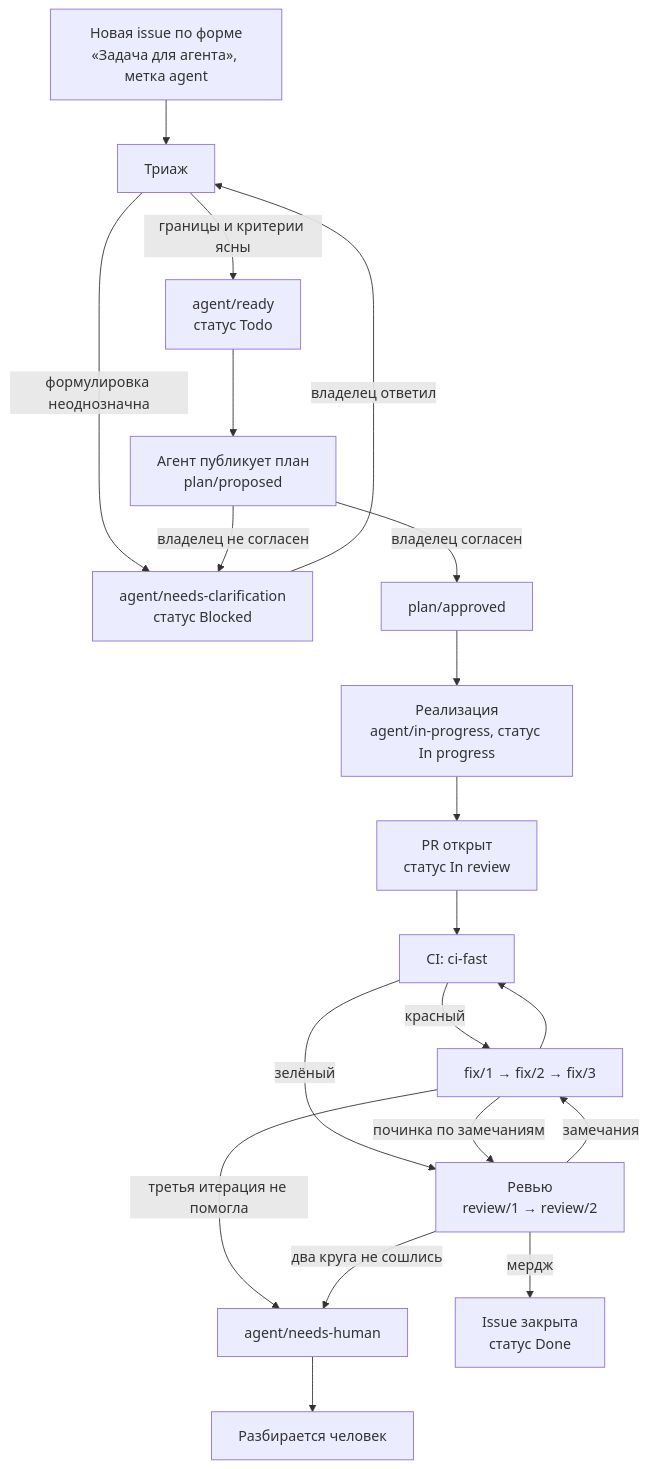
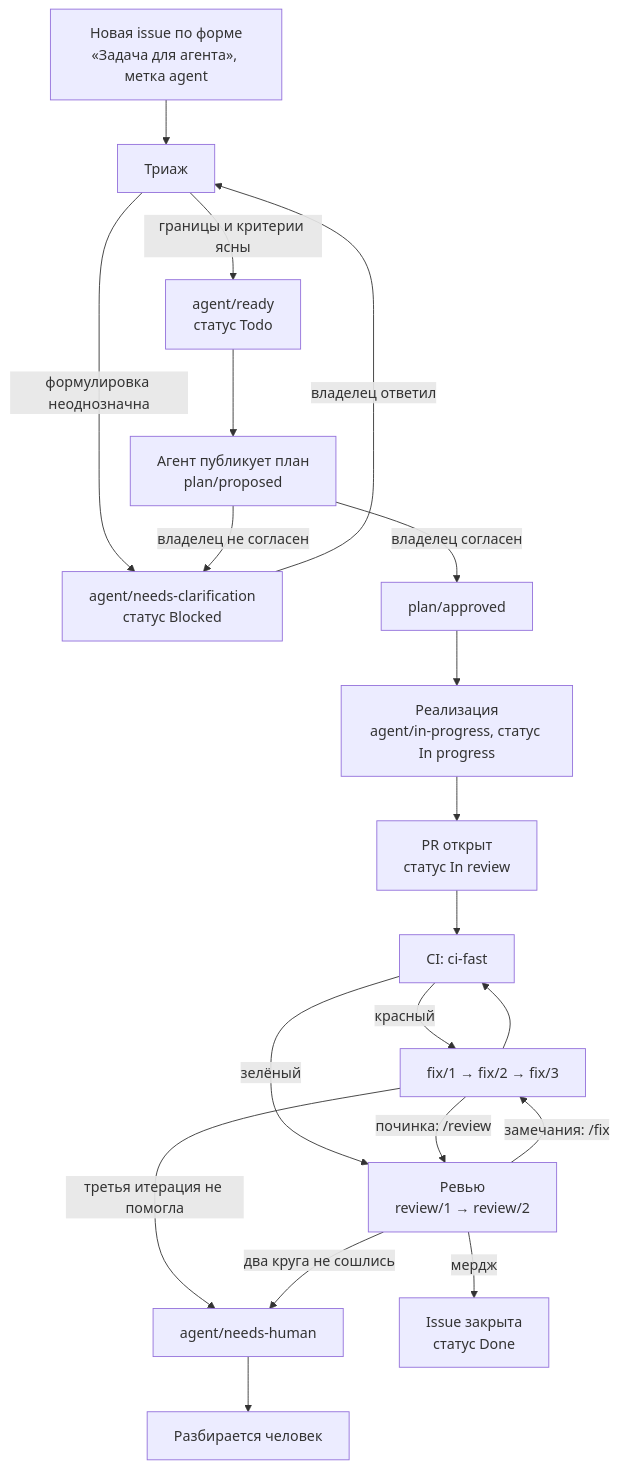
The diagram in docs/pipeline.md (k-kuzmin/domovoy), drawn with Mermaid before and after one commit. The commit also changed other lines of this file and 6 other files, not shown here.

````diff
--- a/docs/pipeline.md
+++ b/docs/pipeline.md
@@ -42,22 +42,22 @@
 ```mermaid
 flowchart TD
     issue["Новая issue по форме<br/>«Задача для агента», метка agent"] --> triage["Триаж"]
     triage -->|формулировка неоднозначна| clar["agent/needs-clarification<br/>статус Blocked"]
     clar -->|владелец ответил| triage
     triage -->|границы и критерии ясны| ready["agent/ready<br/>статус Todo"]
     ready --> plan["Агент публикует план<br/>plan/proposed"]
     plan -->|владелец не согласен| clar
     plan -->|владелец согласен| approved["plan/approved"]
     approved --> impl["Реализация<br/>agent/in-progress, статус In progress"]
     impl --> pr["PR открыт<br/>статус In review"]
     pr --> ci["CI: ci-fast"]
     ci -->|красный| fix["fix/1 → fix/2 → fix/3"]
     fix --> ci
     fix -->|третья итерация не помогла| human["agent/needs-human"]
     ci -->|зелёный| review["Ревью<br/>review/1 → review/2"]
-    review -->|замечания| fix
-    fix -->|починка по замечаниям| review
+    review -->|замечания: /fix| fix
+    fix -->|починка: /review| review
     review -->|два круга не сошлись| human
     review -->|мердж| done["Issue закрыта<br/>статус Done"]
     human --> owner["Разбирается человек"]
 ```
````
